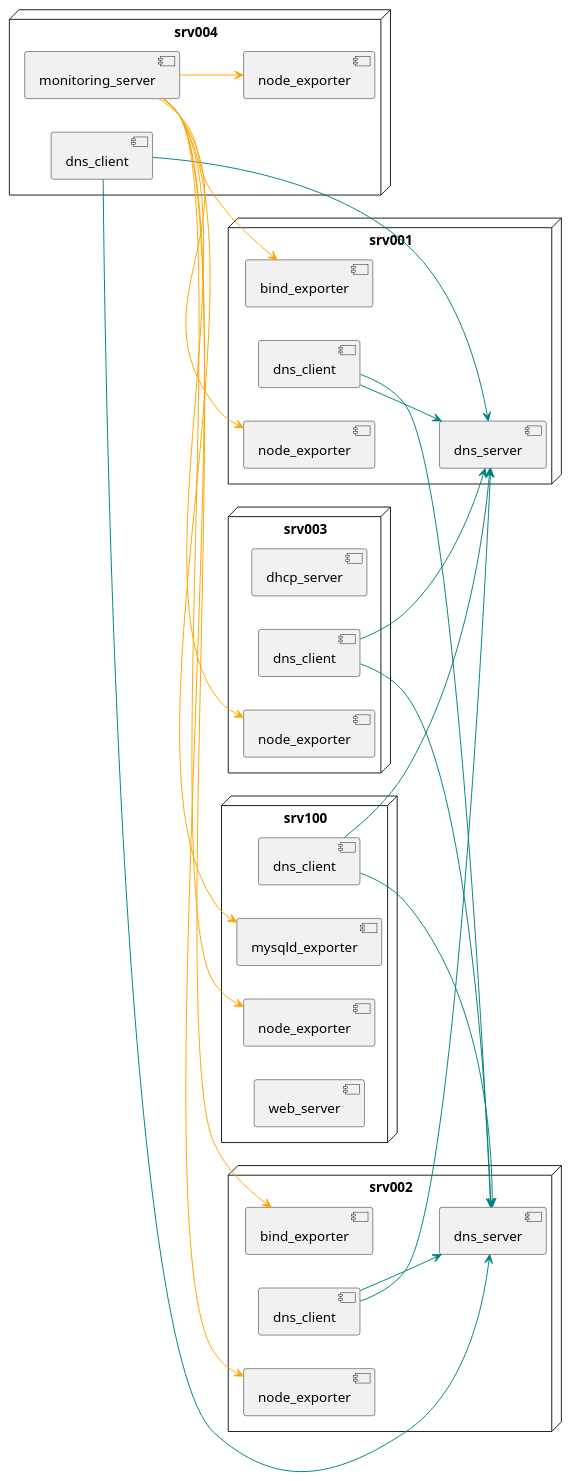
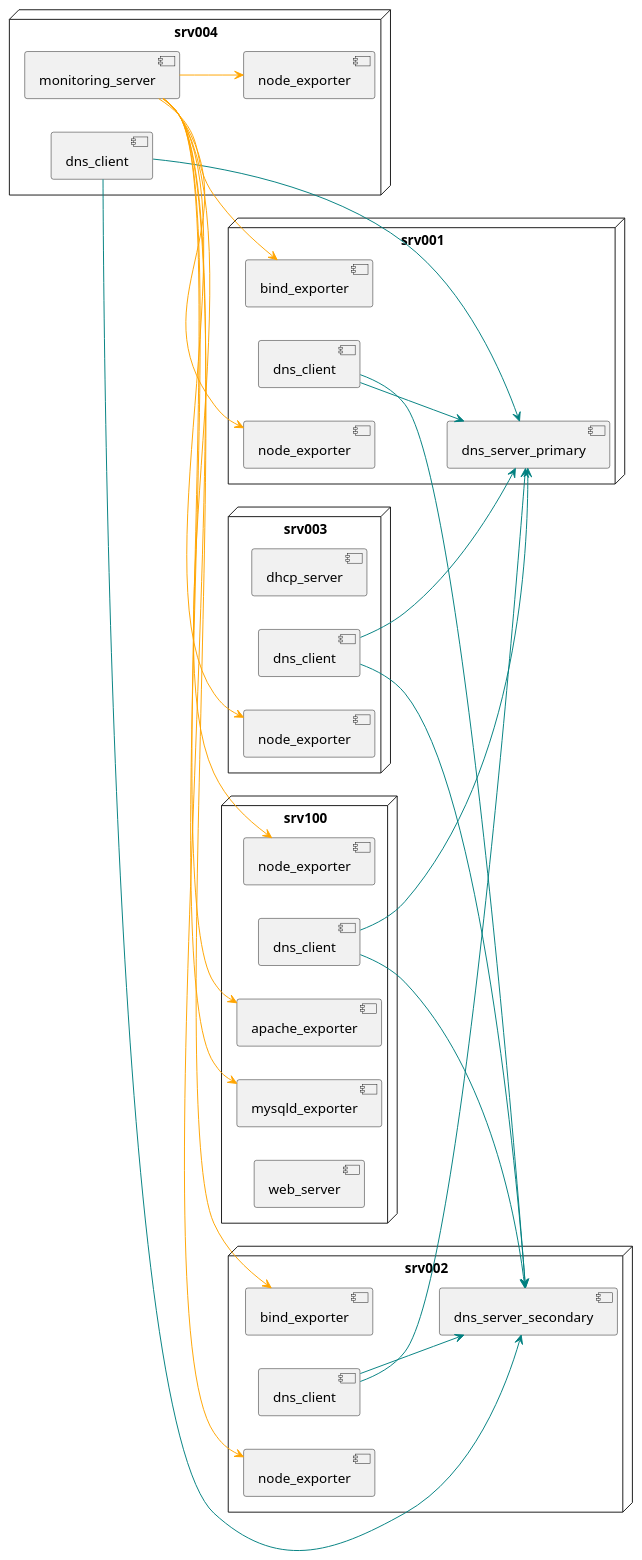
One commit to lucasluduenasegre/plantuml2ansible changed the diagram in input/infra_auto_env/uml_infra_auto_env.puml. Above: the diagram before and after it, drawn with PlantUML. The commit also changed 40 other files, not shown here.

```diff
--- a/input/infra_auto_env/uml_infra_auto_env.puml
+++ b/input/infra_auto_env/uml_infra_auto_env.puml
@@ -1,61 +1,63 @@
 @startuml infra_auto_env
 set separator .
 left to right direction
 
 node srv001 {
     component bind_exporter
     component dns_client
-    component dns_server
+    component dns_server_primary
     component node_exporter
 }
 
 node srv002 {
     component bind_exporter
     component dns_client
-    component dns_server
+    component dns_server_secondary
     component node_exporter
 }
 
 node srv003 {
     component dhcp_server
     component dns_client
     component node_exporter
 }
 
 node srv004 {
     component dns_client
     component monitoring_server
     component node_exporter
 }
 
 node srv100 {
+    component apache_exporter
     component dns_client
     component mysqld_exporter
     component node_exporter
     component web_server
 }
 
-srv001.dns_client -[#teal]-> srv001.dns_server
-srv001.dns_client -[#teal]-> srv002.dns_server
+srv001.dns_client -[#teal]-> srv001.dns_server_primary
+srv001.dns_client -[#teal]-> srv002.dns_server_secondary
 
-srv002.dns_client -[#teal]-> srv001.dns_server
-srv002.dns_client -[#teal]-> srv002.dns_server
+srv002.dns_client -[#teal]-> srv001.dns_server_primary
+srv002.dns_client -[#teal]-> srv002.dns_server_secondary
 
-srv003.dns_client -[#teal]-> srv001.dns_server
-srv003.dns_client -[#teal]-> srv002.dns_server
+srv003.dns_client -[#teal]-> srv001.dns_server_primary
+srv003.dns_client -[#teal]-> srv002.dns_server_secondary
 
-srv004.dns_client -[#teal]-> srv001.dns_server
-srv004.dns_client -[#teal]-> srv002.dns_server
+srv004.dns_client -[#teal]-> srv001.dns_server_primary
+srv004.dns_client -[#teal]-> srv002.dns_server_secondary
 srv004.monitoring_server -[#orange]-> srv001.bind_exporter
 srv004.monitoring_server -[#orange]-> srv001.node_exporter
 srv004.monitoring_server -[#orange]-> srv002.bind_exporter
 srv004.monitoring_server -[#orange]-> srv002.node_exporter
 srv004.monitoring_server -[#orange]-> srv003.node_exporter
 srv004.monitoring_server -[#orange]-> srv004.node_exporter
+srv004.monitoring_server -[#orange]-> srv100.apache_exporter
 srv004.monitoring_server -[#orange]-> srv100.mysqld_exporter
 srv004.monitoring_server -[#orange]-> srv100.node_exporter
 
-srv100.dns_client -[#teal]-> srv001.dns_server
-srv100.dns_client -[#teal]-> srv002.dns_server
+srv100.dns_client -[#teal]-> srv001.dns_server_primary
+srv100.dns_client -[#teal]-> srv002.dns_server_secondary
 
 @enduml
```
